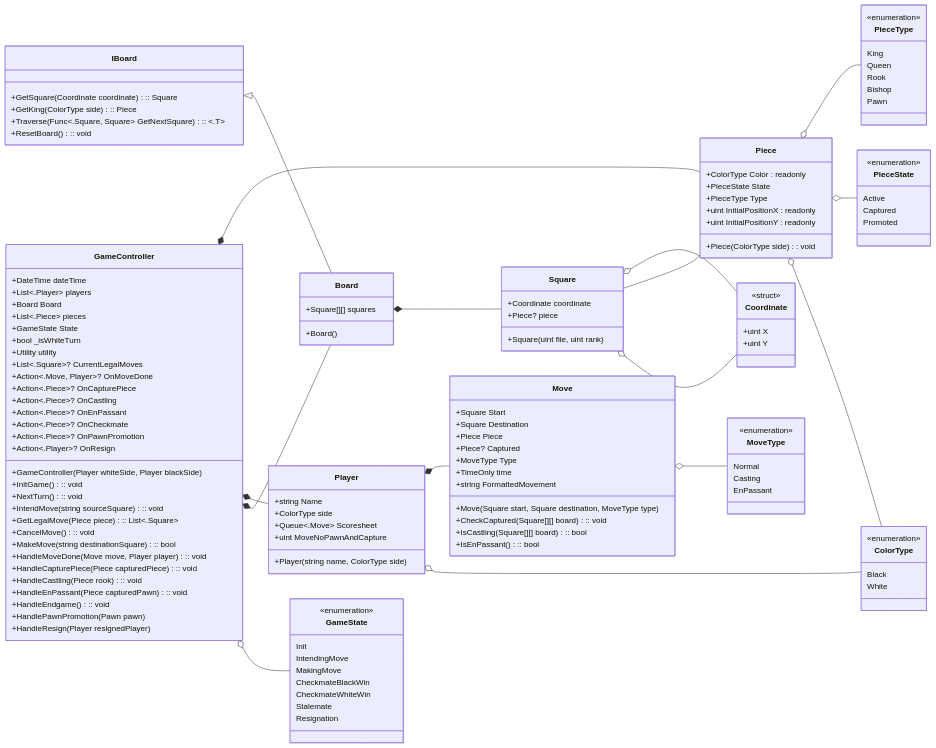
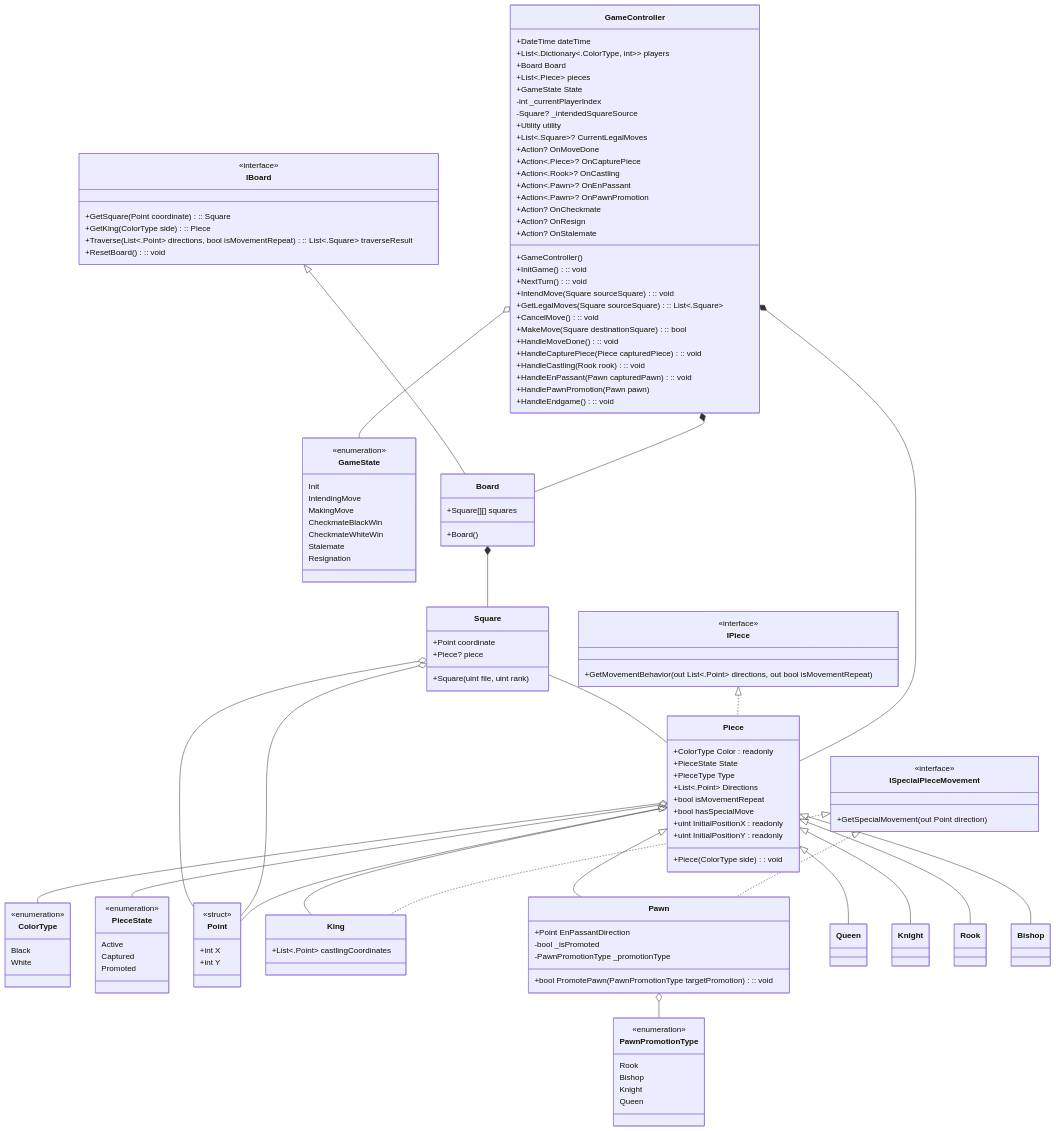
Before and after one commit to borednuna/Formulatrix-Batch-14-Bootcamp: the diagram in Individual Project/Class Diagram/ChessRevision.mmd, drawn with Mermaid.

Commit message:
chore: tidy up revision chess diagram

```diff
--- a/Individual Project/Class Diagram/ChessRevision.mmd
+++ b/Individual Project/Class Diagram/ChessRevision.mmd
@@ -1,145 +1,152 @@
 classDiagram
-direction LR
+direction TB
 
 class ColorType {
     Black
     White
 }
 <<enumeration>> ColorType
-
-class MoveType {
-    Normal
-    Casting
-    EnPassant
-}
-<<enumeration>> MoveType
 
 class PieceState {
     Active
     Captured
     Promoted
 }
 <<enumeration>> PieceState
 
 class GameState {
     Init
     IntendingMove
     MakingMove
     CheckmateBlackWin
     CheckmateWhiteWin
     Stalemate
     Resignation
 }
 <<enumeration>> GameState
 
-class PieceType {
-    King
-    Queen
+class PawnPromotionType {
     Rook
     Bishop
-    Pawn
+    Knight
+    Queen
 }
-<<enumeration>> PieceType
+<<enumeration>> PawnPromotionType
 
-class Coordinate {
-    +uint X
-    +uint Y
+class Point {
+    +int X
+    +int Y
 }
-<<struct>> Coordinate
+<<struct>> Point
 
 class IBoard {
-    +GetSquare(Coordinate coordinate) :: Square
+    +GetSquare(Point coordinate) :: Square
     +GetKing(ColorType side) :: Piece
-    +Traverse(Func<.Square, Square> GetNextSquare) :: <.T>
+    +Traverse(List<.Point> directions, bool isMovementRepeat) :: List<.Square> traverseResult
     +ResetBoard() :: void
 }
+<<interface>> IBoard
+
+class IPiece {
+    +GetMovementBehavior(out List<.Point> directions, out bool isMovementRepeat)
+}
+<<interface>> IPiece
+
+class ISpecialPieceMovement {
+    +GetSpecialMovement(out Point direction)
+}
+<<interface>> ISpecialPieceMovement
 
 class GameController {
     +DateTime dateTime
-    +List<.Player> players
+    +List<.Dictionary<.ColorType, int>> players
     +Board Board
     +List<.Piece> pieces
     +GameState State
-    +bool _isWhiteTurn
+    -int _currentPlayerIndex
+    -Square? _intendedSquareSource
     +Utility utility
     +List<.Square>? CurrentLegalMoves
-    +GameController(Player whiteSide, Player blackSide)
+    +GameController()
     +InitGame() :: void
     +NextTurn() :: void
-    +IntendMove(string sourceSquare) :: void
-    +GetLegalMove(Piece piece) :: List<.Square>
+    +IntendMove(Square sourceSquare) :: void
+    +GetLegalMoves(Square sourceSquare) :: List<.Square>
     +CancelMove() :: void
-    +MakeMove(string destinationSquare) :: bool
-    +Action<.Move, Player>? OnMoveDone
-    +HandleMoveDone(Move move, Player player) :: void
+    +MakeMove(Square destinationSquare) :: bool
+    +Action? OnMoveDone
+    +HandleMoveDone() :: void
     +Action<.Piece>? OnCapturePiece
     +HandleCapturePiece(Piece capturedPiece) :: void
-    +Action<.Piece>? OnCastling
-    +HandleCastling(Piece rook) :: void
-    +Action<.Piece>? OnEnPassant
-    +HandleEnPassant(Piece capturedPawn) :: void
-    +Action<.Piece>? OnCheckmate
+    +Action<.Rook>? OnCastling
+    +HandleCastling(Rook rook) :: void
+    +Action<.Pawn>? OnEnPassant
+    +HandleEnPassant(Pawn capturedPawn) :: void
+    +Action<.Pawn>? OnPawnPromotion
+    +HandlePawnPromotion(Pawn pawn)
+    +Action? OnCheckmate
+    +Action? OnResign
+    +Action? OnStalemate
     +HandleEndgame() :: void
-    +Action<.Piece>? OnPawnPromotion
-    +HandlePawnPromotion(Pawn pawn)
-    +Action<.Player>? OnResign
-    +HandleResign(Player resignedPlayer)
 }
 
 class Board {
     +Square[][] squares
     +Board()
 }
 
 class Square {
-    +Coordinate coordinate
+    +Point coordinate
     +Piece? piece
     +Square(uint file, uint rank)
 }
 
 class Piece {
     +ColorType Color : readonly
     +PieceState State
     +PieceType Type
+    +List<.Point> Directions
+    +bool isMovementRepeat
+    +bool hasSpecialMove
     +uint InitialPositionX : readonly
     +uint InitialPositionY : readonly
     +Piece(ColorType side) : void
 }
 
-class Player {
-    +string Name
-    +ColorType side
-    +Queue<.Move> Scoresheet
-    +uint MoveNoPawnAndCapture
-    +Player(string name, ColorType side)
+class King {
+    +List<.Point> castlingCoordinates
 }
 
-class Move {
-    +Square Start
-    +Square Destination
-    +Piece Piece
-    +Piece? Captured
-    +MoveType Type
-    +TimeOnly time
-    +string FormattedMovement
-    +Move(Square start, Square destination, MoveType type)
-    +CheckCaptured(Square[][] board) :: void
-    +IsCastling(Square[][] board) :: bool
-    +IsEnPassant() :: bool
+class Pawn {
+    +Point EnPassantDirection
+    -bool _isPromoted
+    -PawnPromotionType _promotionType
+    +bool PromotePawn(PawnPromotionType targetPromotion) :: void
 }
+
+class Queen
+class Knight
+class Rook
+class Bishop
 
 Board *-- Square
 GameController *-- Piece
-GameController *-- Player
 GameController *-- Board
 GameController o-- GameState
 IBoard <|-- Board
-Move o-- MoveType
-Piece o-- PieceType
+IPiece <|.. Piece
+ISpecialPieceMovement <|.. Pawn
+ISpecialPieceMovement <|.. King
+Pawn o-- PawnPromotionType
 Piece o-- PieceState
 Piece o-- ColorType
-Player *-- Move
-Player o-- ColorType
-Square o-- Coordinate
+Piece o-- Point
+Piece <|-- King
+Piece <|-- Pawn
+Piece <|-- Queen
+Piece <|-- Rook
+Piece <|-- Bishop
+Piece <|-- Knight
+Square o-- Point
 Square -- Piece
-Square o-- Coordinate
+Square o-- Point
```
